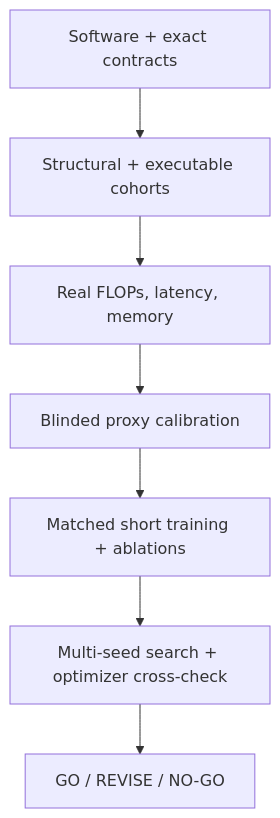
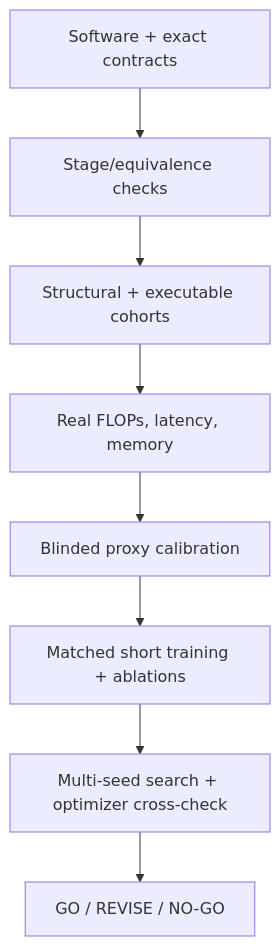
Before and after one commit to jesusllg/BASS-Branching-Architecture-Search-Space-for-Deep-Super-Resolution: the diagram in experiments/README.md, drawn with Mermaid. The commit also changed other lines of this file and 25 other files, not shown here.

````diff
--- a/experiments/README.md
+++ b/experiments/README.md
@@ -30,9 +30,10 @@
 ```mermaid
 flowchart TB
-    SW["Software + exact contracts"] --> ST["Structural + executable cohorts"]
+    SW["Software + exact contracts"] --> EQ["Stage/equivalence checks"]
+    EQ --> ST["Structural + executable cohorts"]
     ST --> COST["Real FLOPs, latency, memory"]
     COST --> PROXY["Blinded proxy calibration"]
     PROXY --> TRAIN["Matched short training + ablations"]
     TRAIN --> SEARCH["Multi-seed search + optimizer cross-check"]
     SEARCH --> DECIDE["GO / REVISE / NO-GO"]
 ```
````
